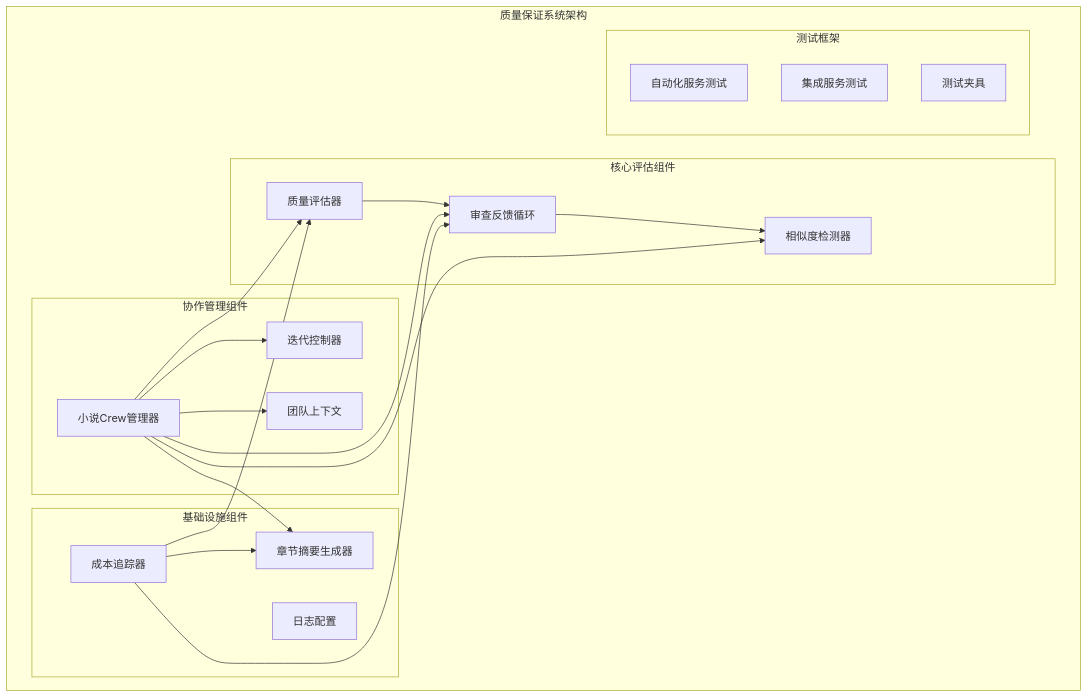
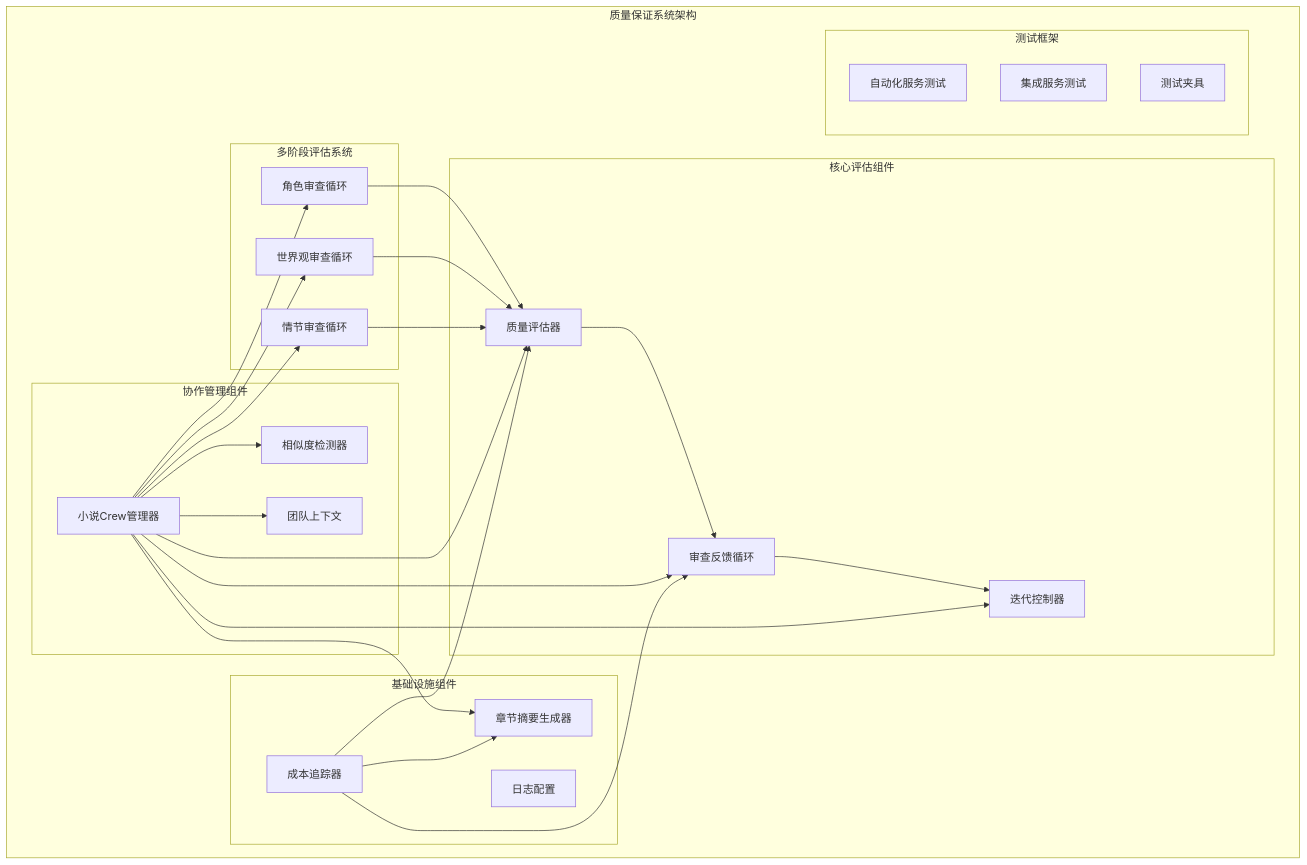
One commit to xfbyxq/ai-novel-system changed the first of 12 diagrams in .qoder/repowiki/zh/content/AI智能体系统/质量保证系统.md. Above: the diagram before and after it, drawn with Mermaid. The commit also changed other lines of this file and 5 other files, not shown here.

````diff
--- a/.qoder/repowiki/zh/content/AI智能体系统/质量保证系统.md
+++ b/.qoder/repowiki/zh/content/AI智能体系统/质量保证系统.md
@@ -43,36 +62,47 @@
 ```mermaid
 graph TB
 subgraph "质量保证系统架构"
 subgraph "核心评估组件"
 QE[质量评估器]
 RL[审查反馈循环]
-SD[相似度检测器]
+IC[迭代控制器]
+end
+subgraph "多阶段评估系统"
+CRE[角色审查循环]
+WRE[世界观审查循环]
+PRE[情节审查循环]
 end
 subgraph "协作管理组件"
 CM[小说Crew管理器]
 TC[团队上下文]
-IC[迭代控制器]
+SD[相似度检测器]
 end
 subgraph "基础设施组件"
 CT[成本追踪器]
 CSG[章节摘要生成器]
 LC[日志配置]
 end
 subgraph "测试框架"
 TAU[自动化服务测试]
 TIS[集成服务测试]
 CF[测试夹具]
 end
 end
 QE --> RL
-RL --> SD
+RL --> IC
+CRE --> QE
+WRE --> QE
+PRE --> QE
 CM --> QE
 CM --> RL
+CM --> CRE
+CM --> WRE
+CM --> PRE
 CM --> SD
 CM --> IC
 CM --> TC
 CM --> CSG
 CT --> QE
 CT --> RL
 CT --> CSG
 ```
````
